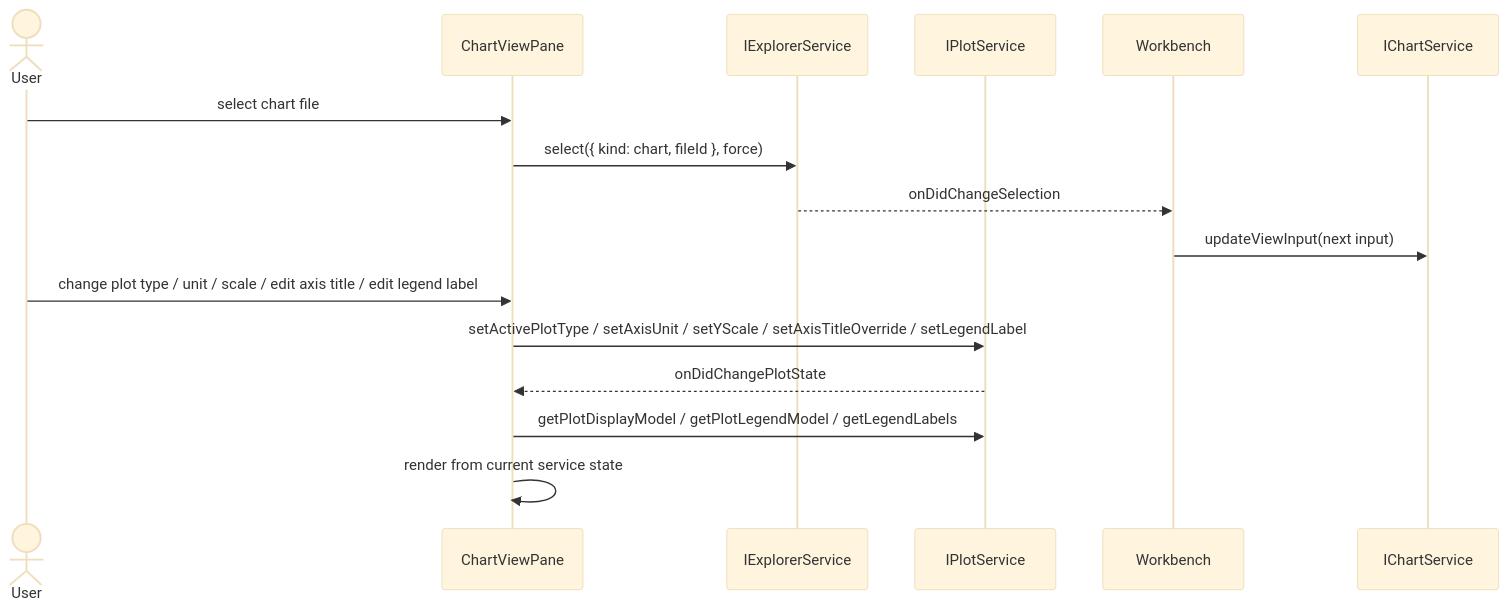
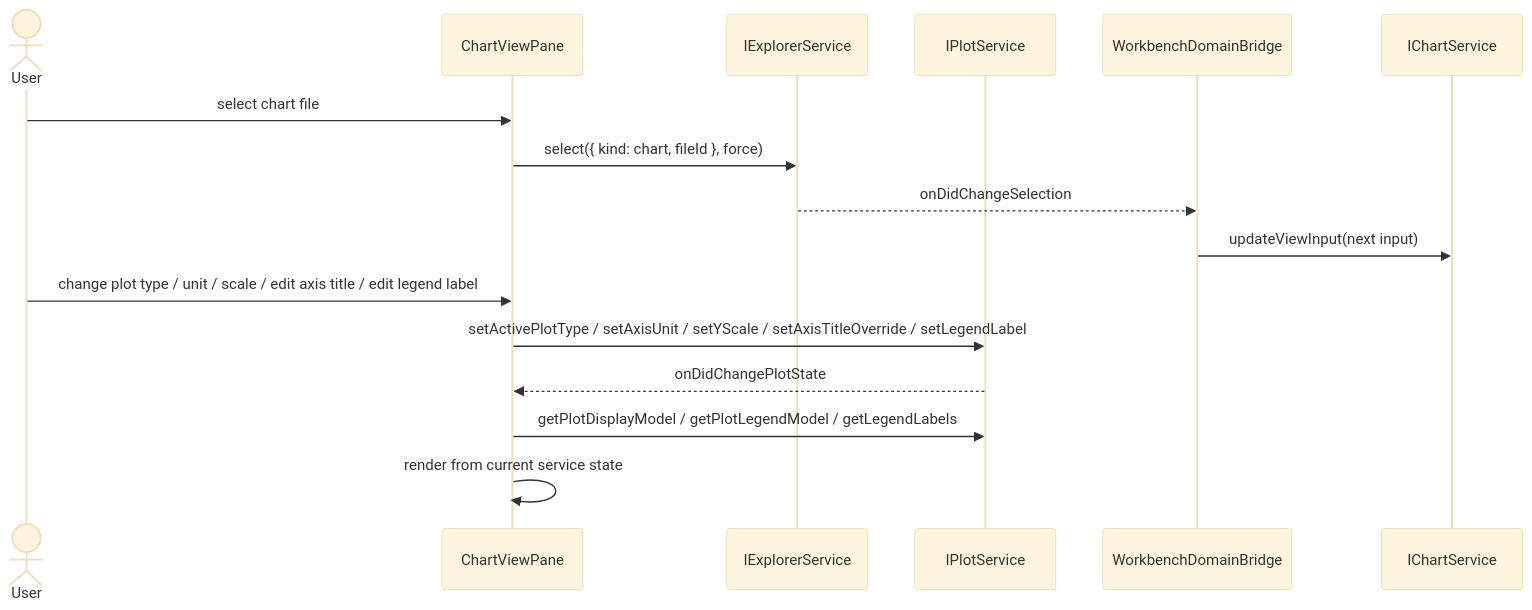
Before and after one commit to chogng/conductor: the second of 3 diagrams in .github/instructions/chart.instructions.md, drawn with Mermaid (base theme). The commit also changed other lines of this file and 34 other files, not shown here.

````diff
--- a/.github/instructions/chart.instructions.md
+++ b/.github/instructions/chart.instructions.md
@@ -109,19 +109,19 @@
 ```mermaid
 sequenceDiagram
     actor User
     participant ChartViewPane
     participant ExplorerService as IExplorerService
     participant PlotService as IPlotService
-    participant Workbench
+    participant DomainBridge as WorkbenchDomainBridge
     participant ChartService as IChartService
 
     User->>ChartViewPane: select chart file
     ChartViewPane->>ExplorerService: select({ kind: chart, fileId }, force)
-    ExplorerService-->>Workbench: onDidChangeSelection
-    Workbench->>ChartService: updateViewInput(next input)
+    ExplorerService-->>DomainBridge: onDidChangeSelection
+    DomainBridge->>ChartService: updateViewInput(next input)
     User->>ChartViewPane: change plot type / unit / scale / edit axis title / edit legend label
     ChartViewPane->>PlotService: setActivePlotType / setAxisUnit / setYScale / setAxisTitleOverride / setLegendLabel
     PlotService-->>ChartViewPane: onDidChangePlotState
     ChartViewPane->>PlotService: getPlotDisplayModel / getPlotLegendModel / getLegendLabels
     ChartViewPane->>ChartViewPane: render from current service state
 ```
````
